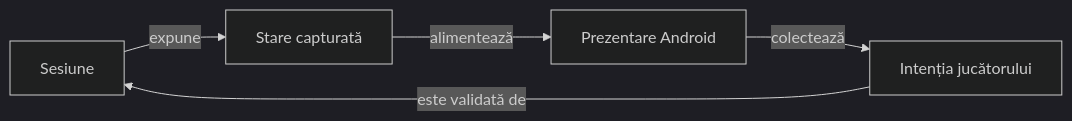
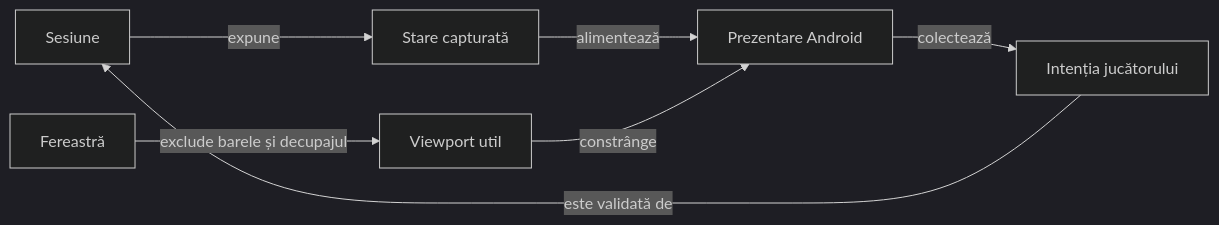
The first of 2 diagrams in whist-lab-app/app/src/main/java/ro/whistlab/app/README.md (crististefanita/atf_j4), drawn with Mermaid (dark theme) before and after one commit. The commit also changed other lines of this file and 250 other files, not shown here.

````diff
--- a/whist-lab-app/app/src/main/java/ro/whistlab/app/README.md
+++ b/whist-lab-app/app/src/main/java/ro/whistlab/app/README.md
@@ -11,7 +11,9 @@
 ```mermaid
 flowchart LR
     SESSION[Sesiune] -->|expune| STATE[Stare capturată]
     STATE -->|alimentează| UI[Prezentare Android]
     UI -->|colectează| INTENT[Intenția jucătorului]
     INTENT -->|este validată de| SESSION
+    WINDOW[Fereastră] -->|exclude barele și decupajul| SPACE[Viewport util]
+    SPACE -->|constrânge| UI
 ```
````
